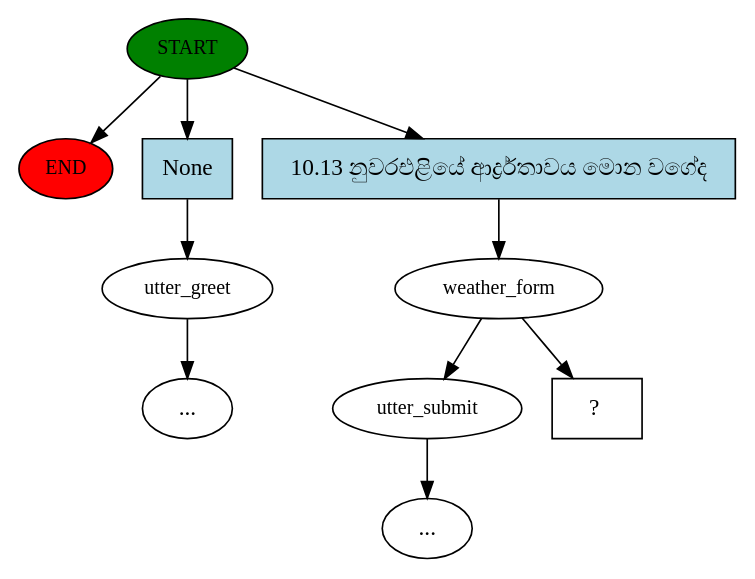
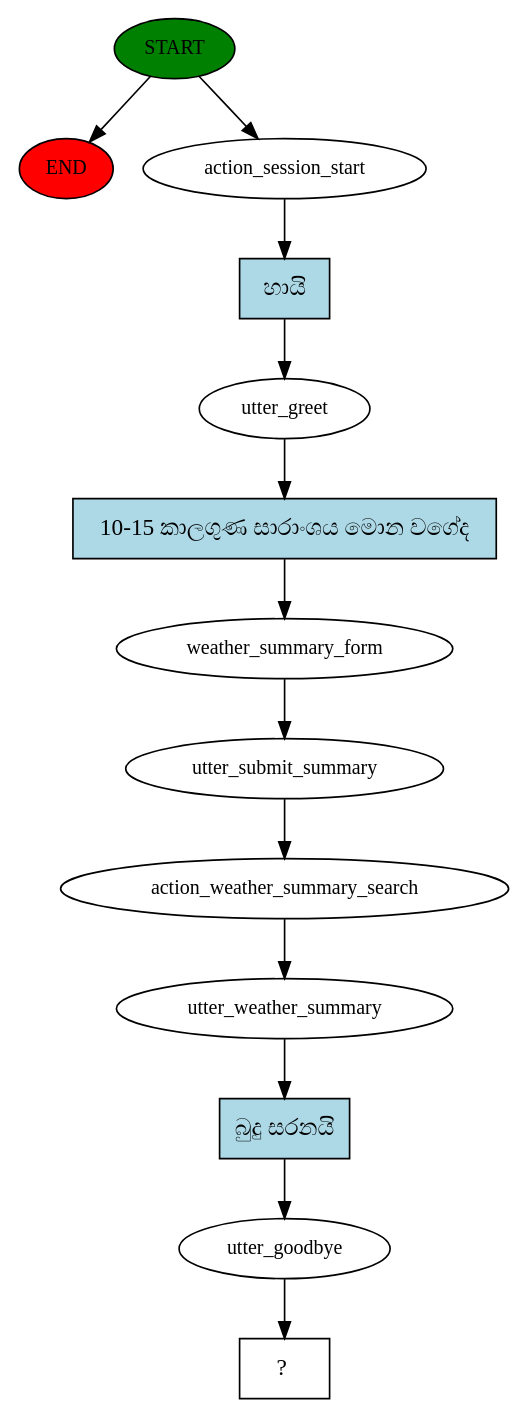
One commit to vimuth97/sinhala-weather-chatbot changed the diagram in story_graph.dot. Above: the diagram before and after it, drawn with Graphviz. The commit also changed 2 other files, not shown here.

Commit message:
weather summary story

```diff
--- a/story_graph.dot
+++ b/story_graph.dot
@@ -1,21 +1,27 @@
 digraph  {
 0 [class="start active", fillcolor=green, fontsize=12, label=START, style=filled];
 "-1" [class=end, fillcolor=red, fontsize=12, label=END, style=filled];
-1 [class="", fontsize=12, label=utter_greet];
-2 [class=active, fontsize=12, label=weather_form];
-3 [class="", fontsize=12, label=utter_submit];
-"-4" [class=ellipsis, label="..."];
-"-5" [class=ellipsis, label="..."];
-6 [class="intent dashed active", label="  ?  ", shape=rect];
-7 [class=intent, fillcolor=lightblue, label=None, shape=rect, style=filled];
-8 [class="intent active", fillcolor=lightblue, label="10.13 නුවරඑළියේ ආර්ද්‍රතාවය මොන වගේද", shape=rect, style=filled];
+1 [class=active, fontsize=12, label=action_session_start];
+2 [class=active, fontsize=12, label=utter_greet];
+3 [class=active, fontsize=12, label=weather_summary_form];
+4 [class=active, fontsize=12, label=utter_submit_summary];
+5 [class=active, fontsize=12, label=action_weather_summary_search];
+6 [class=active, fontsize=12, label=utter_weather_summary];
+7 [class=active, fontsize=12, label=utter_goodbye];
+8 [class="intent dashed active", label="  ?  ", shape=rect];
+9 [class="intent active", fillcolor=lightblue, label="හායි", shape=rect, style=filled];
+10 [class="intent active", fillcolor=lightblue, label="10-15 කාලගුණ සාරාංශය මොන වගේද", shape=rect, style=filled];
+11 [class="intent active", fillcolor=lightblue, label="බුදු සරනයි", shape=rect, style=filled];
 0 -> "-1"  [class="", key=NONE, label=""];
-0 -> 7  [class="", key=0];
-0 -> 8  [class=active, key=0];
-1 -> "-5"  [class="", key=NONE, label=""];
-2 -> 3  [class="", key=NONE, label=""];
-2 -> 6  [class=active, key=NONE, label=""];
-3 -> "-4"  [class="", key=NONE, label=""];
-7 -> 1  [class="", key=0];
-8 -> 2  [class=active, key=0];
+0 -> 1  [class=active, key=NONE, label=""];
+1 -> 9  [class=active, key=0];
+2 -> 10  [class=active, key=0];
+3 -> 4  [class=active, key=NONE, label=""];
+4 -> 5  [class=active, key=NONE, label=""];
+5 -> 6  [class=active, key=NONE, label=""];
+6 -> 11  [class=active, key=0];
+7 -> 8  [class=active, key=NONE, label=""];
+9 -> 2  [class=active, key=0];
+10 -> 3  [class=active, key=0];
+11 -> 7  [class=active, key=0];
 }
```
